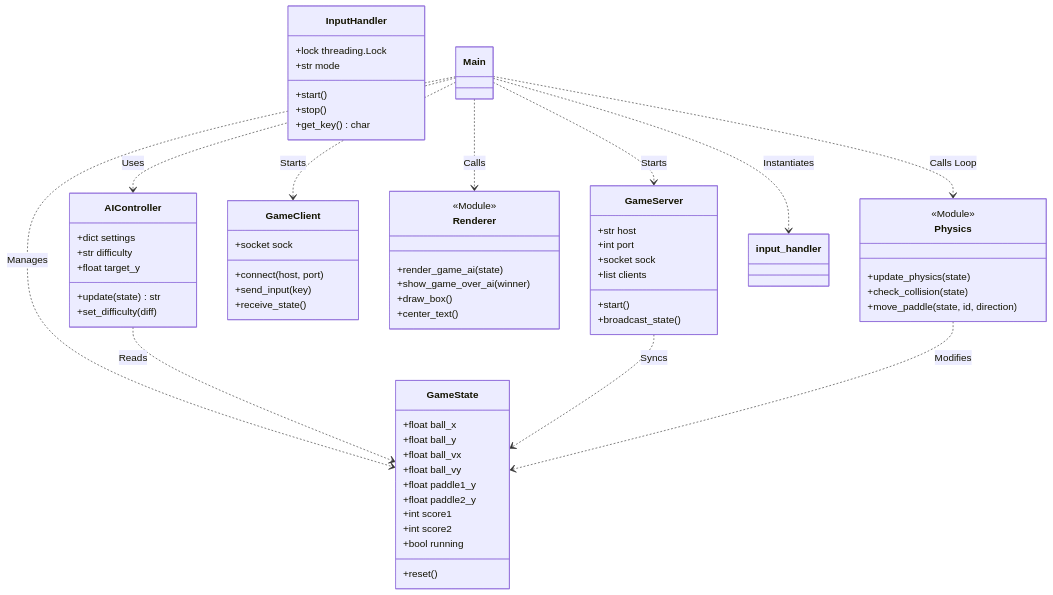
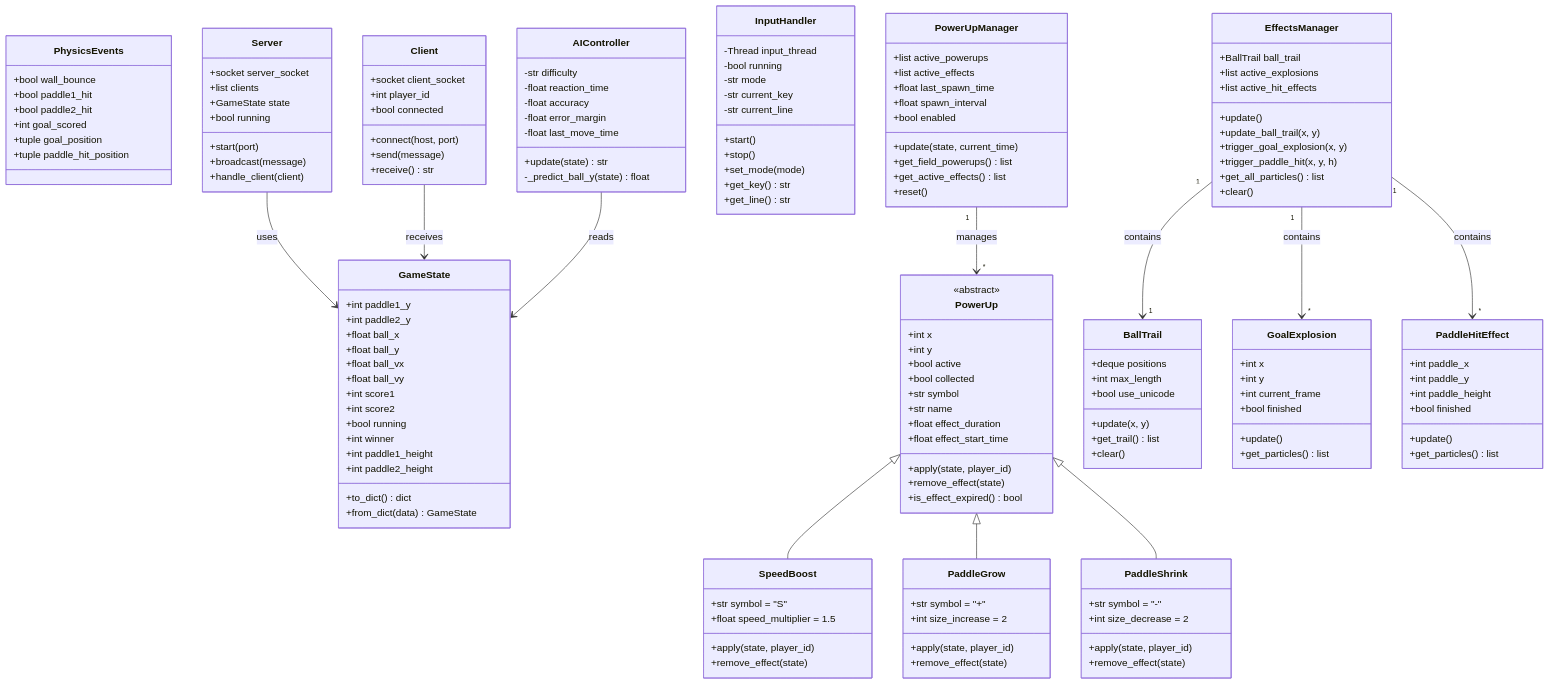
The diagram in docs/diagrams/CLASS_DIAGRAM.md (ditverse/ascii-game-python), drawn with Mermaid before and after one commit. The commit also changed other lines of this file and 3 other files, not shown here.

Commit message:
update diagram

````diff
--- a/docs/diagrams/CLASS_DIAGRAM.md
+++ b/docs/diagrams/CLASS_DIAGRAM.md
@@ -13,82 +5,178 @@
 ```mermaid
 classDiagram
-    direction TB
-    
+    %% Core Classes
     class GameState {
+        +int paddle1_y
+        +int paddle2_y
         +float ball_x
         +float ball_y
         +float ball_vx
         +float ball_vy
-        +float paddle1_y
-        +float paddle2_y
         +int score1
         +int score2
         +bool running
+        +int winner
+        +int paddle1_height
+        +int paddle2_height
+        +to_dict() dict
+        +from_dict(data) GameState
+    }
+    
+    class PhysicsEvents {
+        +bool wall_bounce
+        +bool paddle1_hit
+        +bool paddle2_hit
+        +int goal_scored
+        +tuple goal_position
+        +tuple paddle_hit_position
+    }
+    
+    %% AI Module
+    class AIController {
+        -str difficulty
+        -float reaction_time
+        -float accuracy
+        -float error_margin
+        -float last_move_time
+        +update(state) str
+        -_predict_ball_y(state) float
+    }
+    
+    %% Power-ups Module
+    class PowerUp {
+        <<abstract>>
+        +int x
+        +int y
+        +bool active
+        +bool collected
+        +str symbol
+        +str name
+        +float effect_duration
+        +float effect_start_time
+        +apply(state, player_id)
+        +remove_effect(state)
+        +is_effect_expired() bool
+    }
+    
+    class SpeedBoost {
+        +str symbol = "S"
+        +float speed_multiplier = 1.5
+        +apply(state, player_id)
+        +remove_effect(state)
+    }
+    
+    class PaddleGrow {
+        +str symbol = "+"
+        +int size_increase = 2
+        +apply(state, player_id)
+        +remove_effect(state)
+    }
+    
+    class PaddleShrink {
+        +str symbol = "-"
+        +int size_decrease = 2
+        +apply(state, player_id)
+        +remove_effect(state)
+    }
+    
+    class PowerUpManager {
+        +list active_powerups
+        +list active_effects
+        +float last_spawn_time
+        +float spawn_interval
+        +bool enabled
+        +update(state, current_time)
+        +get_field_powerups() list
+        +get_active_effects() list
         +reset()
     }
-
-    class AIController {
-        +dict settings
-        +str difficulty
-        +float target_y
-        +update(state) str
-        +set_difficulty(diff)
+    
+    %% Effects Module
+    class BallTrail {
+        +deque positions
+        +int max_length
+        +bool use_unicode
+        +update(x, y)
+        +get_trail() list
+        +clear()
     }
-
+    
+    class GoalExplosion {
+        +int x
+        +int y
+        +int current_frame
+        +bool finished
+        +update()
+        +get_particles() list
+    }
+    
+    class PaddleHitEffect {
+        +int paddle_x
+        +int paddle_y
+        +int paddle_height
+        +bool finished
+        +update()
+        +get_particles() list
+    }
+    
+    class EffectsManager {
+        +BallTrail ball_trail
+        +list active_explosions
+        +list active_hit_effects
+        +update()
+        +update_ball_trail(x, y)
+        +trigger_goal_explosion(x, y)
+        +trigger_paddle_hit(x, y, h)
+        +get_all_particles() list
+        +clear()
+    }
+    
+    %% Input Module
     class InputHandler {
-        +lock threading.Lock
-        +str mode
+        -Thread input_thread
+        -bool running
+        -str mode
+        -str current_key
+        -str current_line
         +start()
         +stop()
-        +get_key() char
+        +set_mode(mode)
+        +get_key() str
+        +get_line() str
     }
-
-    class GameServer {
-        +str host
-        +int port
-        +socket sock
+    
+    %% Network Classes
+    class Server {
+        +socket server_socket
         +list clients
-        +start()
-        +broadcast_state()
+        +GameState state
+        +bool running
+        +start(port)
+        +broadcast(message)
+        +handle_client(client)
     }
-
-    class GameClient {
-        +socket sock
+    
+    class Client {
+        +socket client_socket
+        +int player_id
+        +bool connected
         +connect(host, port)
-        +send_input(key)
-        +receive_state()
+        +send(message)
+        +receive() str
     }
-
-    class Renderer {
-        <<Module>>
-        +render_game_ai(state)
-        +show_game_over_ai(winner)
-        +draw_box()
-        +center_text()
-    }
-
-    class Physics {
-        <<Module>>
-        +update_physics(state)
-        +check_collision(state)
-        +move_paddle(state, id, direction)
-    }
-
+    
     %% Relationships
-    Main ..> input_handler : Instantiates
-    Main ..> GameState : Manages
-    Main ..> Renderer : Calls
+    PowerUp <|-- SpeedBoost
+    PowerUp <|-- PaddleGrow
+    PowerUp <|-- PaddleShrink
+    PowerUpManager "1" --> "*" PowerUp : manages
     
-    %% VS AI Mode
-    Main ..> AIController : Uses
-    AIController ..> GameState : Reads
+    EffectsManager "1" --> "1" BallTrail : contains
+    EffectsManager "1" --> "*" GoalExplosion : contains
+    EffectsManager "1" --> "*" PaddleHitEffect : contains
     
-    %% Multiplayer Mode
-    Main ..> GameServer : Starts
-    Main ..> GameClient : Starts
-    GameServer ..> GameState : Syncs
+    Server --> GameState : uses
+    Client --> GameState : receives
     
-    %% Logic
-    Main ..> Physics : Calls Loop
-    Physics ..> GameState : Modifies
+    AIController --> GameState : reads
 ```
````
